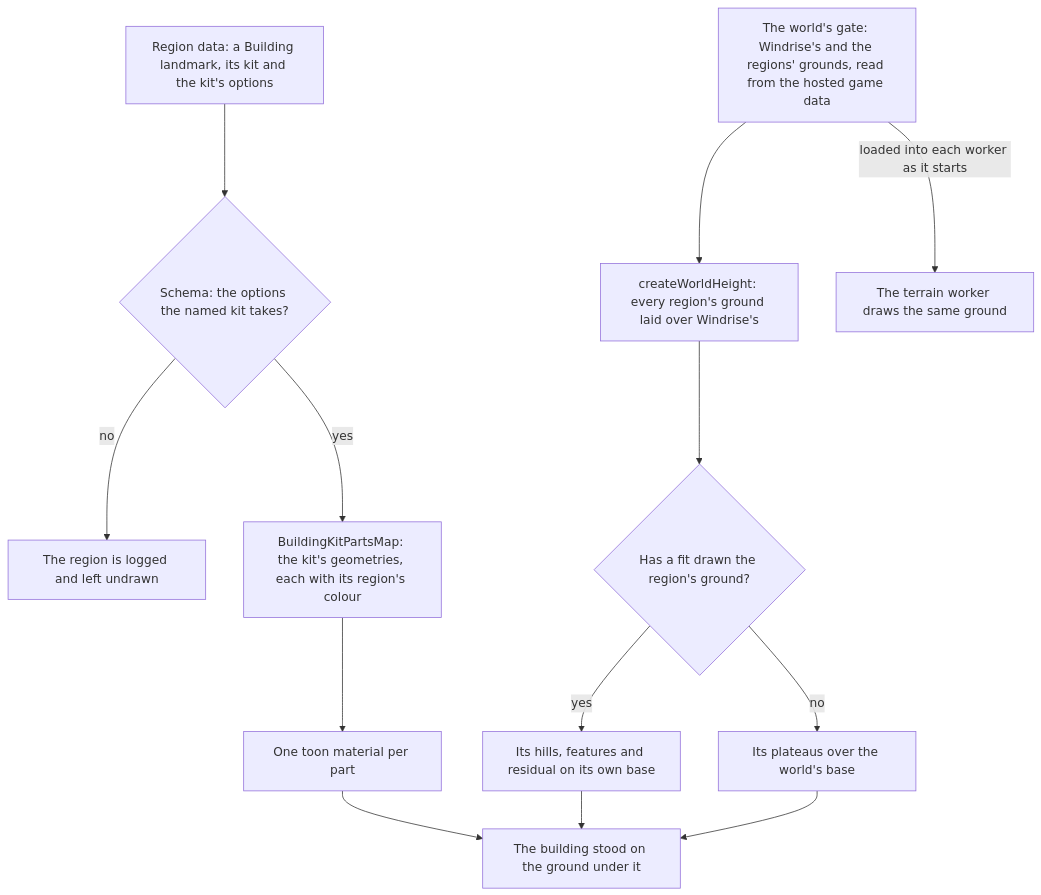
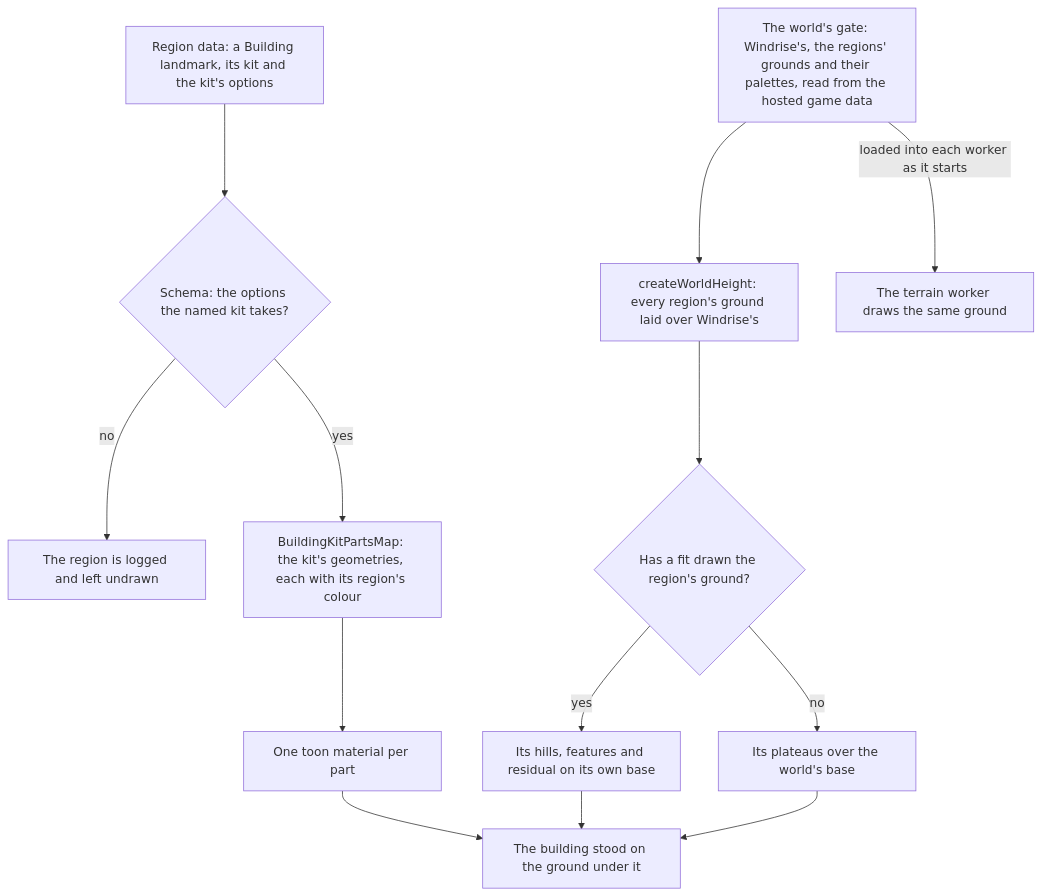
Before and after one commit to Esposter/Esposter: the diagram in apps/web/content/docs/genshin/region-buildings.md, drawn with Mermaid. The commit also changed other lines of this file and 26 other files, not shown here.

First line of the commit message:
feat(genshin-world): each region's building kit reads its palette record for the colours the palette samples, and the world's gate awaits the palettes with its other records

````diff
--- a/apps/web/content/docs/genshin/region-buildings.md
+++ b/apps/web/content/docs/genshin/region-buildings.md
@@ -12,15 +12,15 @@
 ```mermaid
 flowchart TD
   RD["Region data: a Building landmark, its kit and the kit's options"] --> SC{"Schema: the options the named kit takes?"}
   SC -->|no| ERR[The region is logged and left undrawn]
   SC -->|yes| MAP["BuildingKitPartsMap: the kit's geometries, each with its region's colour"]
   MAP --> MAT[One toon material per part]
-  GD["The world's gate: Windrise's and the regions' grounds, read from the hosted game data"] --> G
+  GD["The world's gate: Windrise's, the regions' grounds and their palettes, read from the hosted game data"] --> G
   G["createWorldHeight: every region's ground laid over Windrise's"] --> F{"Has a fit drawn the region's ground?"}
   F -->|"yes"| FH["Its hills, features and residual on its own base"]
   F -->|"no"| PL["Its plateaus over the world's base"]
   FH --> POS[The building stood on the ground under it]
   PL --> POS
   MAT --> POS
   GD -->|"loaded into each worker as it starts"| WK[The terrain worker draws the same ground]
 ```
````
